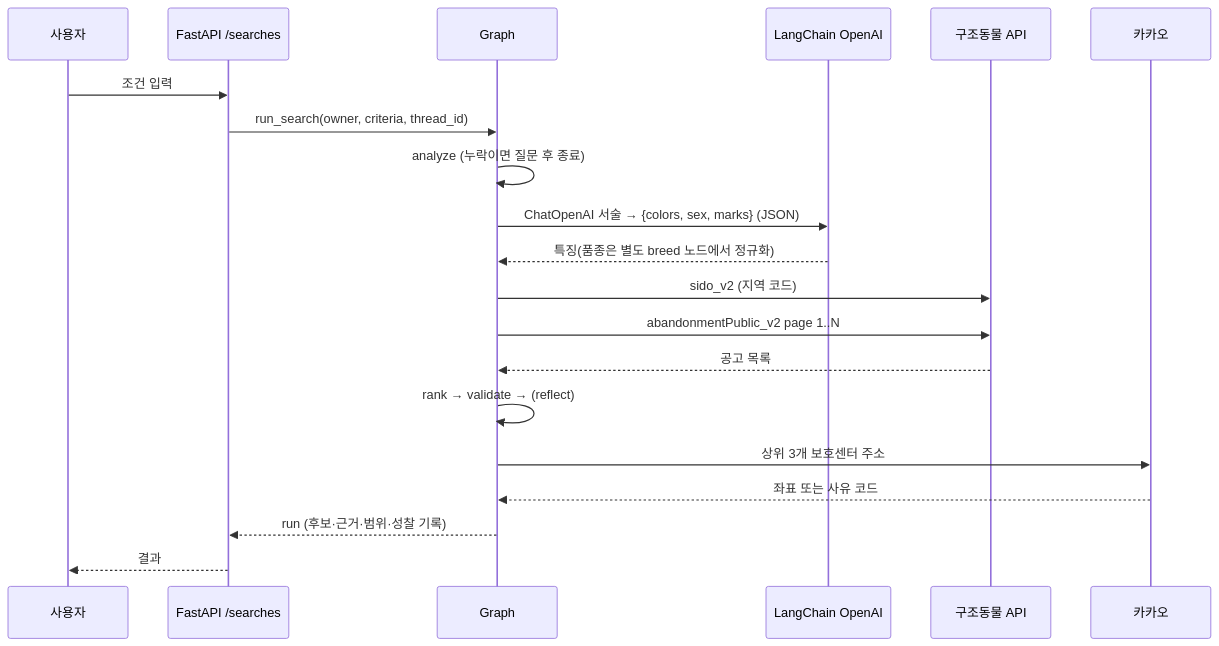
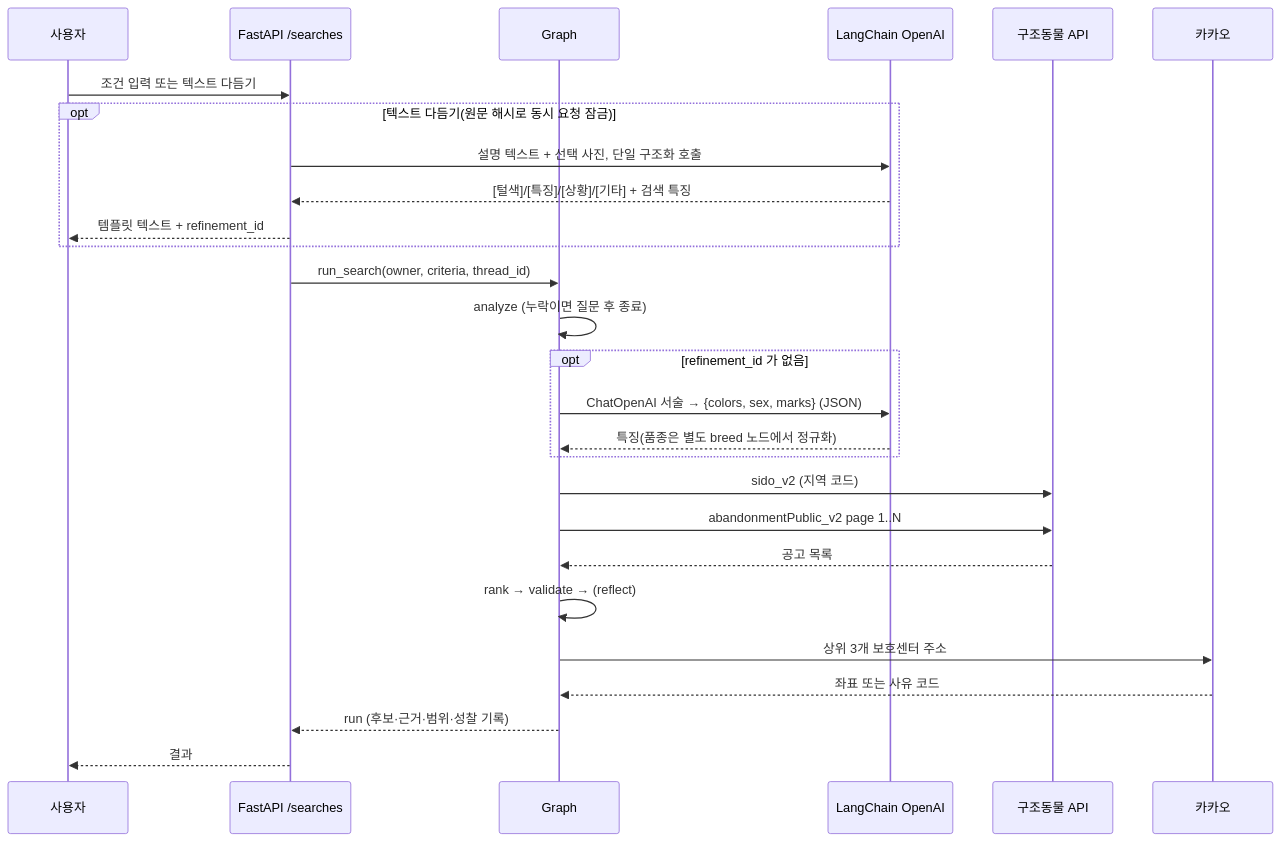
The second of 3 diagrams in docs/architecture.md (aio-03-p2-team1/aio-03-p2-team1), drawn with Mermaid before and after one commit. The commit also changed other lines of this file and 13 other files, not shown here.

Commit message:
feat: 실종 정보 검색 텍스트 다듬기

````diff
--- a/docs/architecture.md
+++ b/docs/architecture.md
@@ -97,22 +97,29 @@
 ```mermaid
 sequenceDiagram
   participant U as 사용자
   participant API as FastAPI /searches
   participant G as Graph
   participant LLM as LangChain OpenAI
   participant AN as 구조동물 API
   participant K as 카카오
-  U->>API: 조건 입력
+  U->>API: 조건 입력 또는 텍스트 다듬기
+  opt 텍스트 다듬기(원문 해시로 동시 요청 잠금)
+    API->>LLM: 설명 텍스트 + 선택 사진, 단일 구조화 호출
+    LLM-->>API: [털색]/[특징]/[상황]/[기타] + 검색 특징
+    API-->>U: 템플릿 텍스트 + refinement_id
+  end
   API->>G: run_search(owner, criteria, thread_id)
   G->>G: analyze (누락이면 질문 후 종료)
-  G->>LLM: ChatOpenAI 서술 → {colors, sex, marks} (JSON)
-  LLM-->>G: 특징(품종은 별도 breed 노드에서 정규화)
+  opt refinement_id 가 없음
+    G->>LLM: ChatOpenAI 서술 → {colors, sex, marks} (JSON)
+    LLM-->>G: 특징(품종은 별도 breed 노드에서 정규화)
+  end
   G->>AN: sido_v2 (지역 코드)
   G->>AN: abandonmentPublic_v2 page 1..N
   AN-->>G: 공고 목록
   G->>G: rank → validate → (reflect)
   G->>K: 상위 3개 보호센터 주소
   K-->>G: 좌표 또는 사유 코드
   G-->>API: run (후보·근거·범위·성찰 기록)
   API-->>U: 결과
 ```
````
